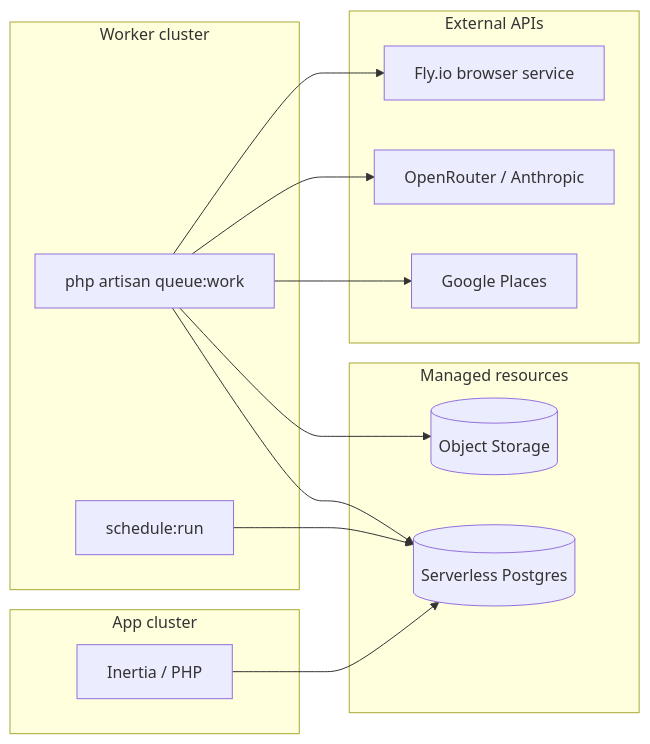
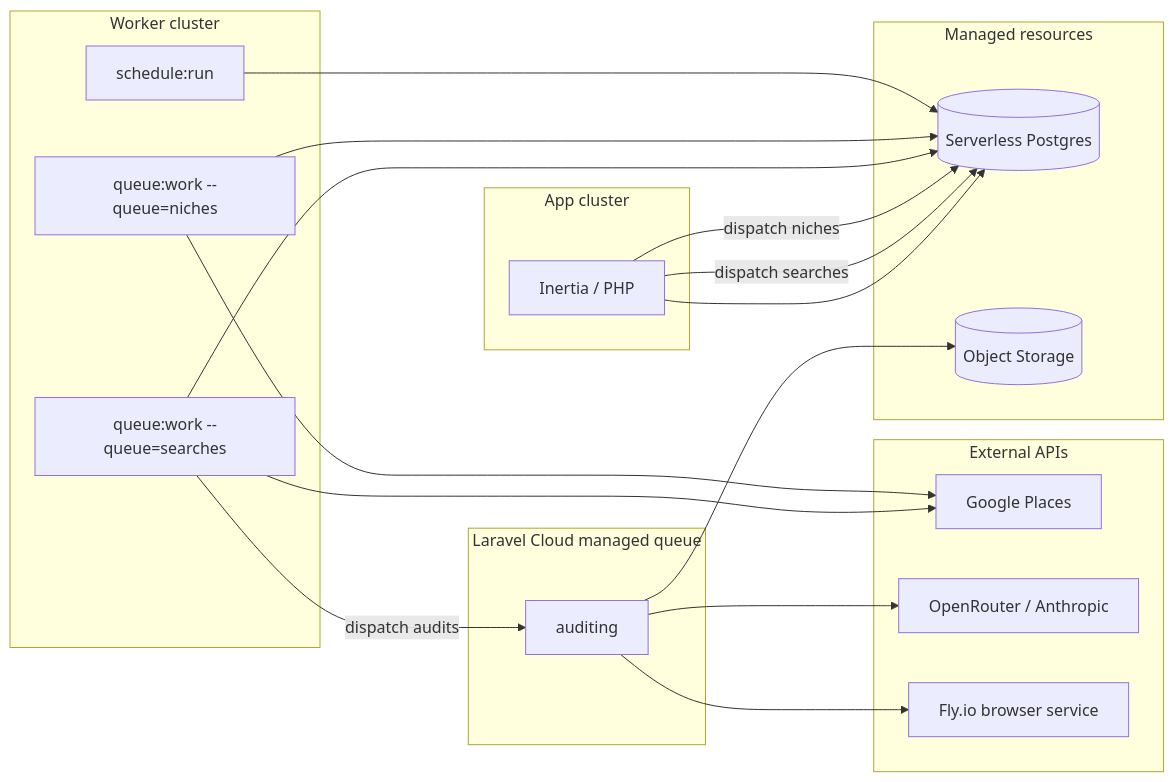
The first of 2 diagrams in docs/deployment/laravel-cloud.md (digitales/nthdesigns-scanner), drawn with Mermaid before and after one commit. The commit also changed other lines of this file, not shown here.

Commit message:
cloud documentation

````diff
--- a/docs/deployment/laravel-cloud.md
+++ b/docs/deployment/laravel-cloud.md
@@ -9,30 +9,40 @@
 ```mermaid
 flowchart LR
     subgraph app [App cluster]
         Web[Inertia / PHP]
     end
 
     subgraph worker [Worker cluster]
-        QueueWorker["php artisan queue:work"]
+        SearchWorker["queue:work --queue=searches"]
+        NicheWorker["queue:work --queue=niches"]
         Scheduler[schedule:run]
+    end
+
+    subgraph managed [Laravel Cloud managed queue]
+        AuditingQ[auditing]
     end
 
     subgraph data [Managed resources]
         PG[(Serverless Postgres)]
         R2[(Object Storage)]
     end
 
     subgraph external [External APIs]
         Places[Google Places]
         Claude[OpenRouter / Anthropic]
         FlyBrowser[Fly.io browser service]
     end
 
     Web --> PG
-    QueueWorker --> PG
-    QueueWorker --> R2
-    QueueWorker --> Places
-    QueueWorker --> Claude
-    QueueWorker --> FlyBrowser
+    Web -->|dispatch searches| PG
+    Web -->|dispatch niches| PG
+    SearchWorker --> PG
+    NicheWorker --> PG
+    SearchWorker --> Places
+    NicheWorker --> Places
+    SearchWorker -->|dispatch audits| AuditingQ
+    AuditingQ --> FlyBrowser
+    AuditingQ --> R2
+    AuditingQ --> Claude
     Scheduler --> PG
 ```
````
